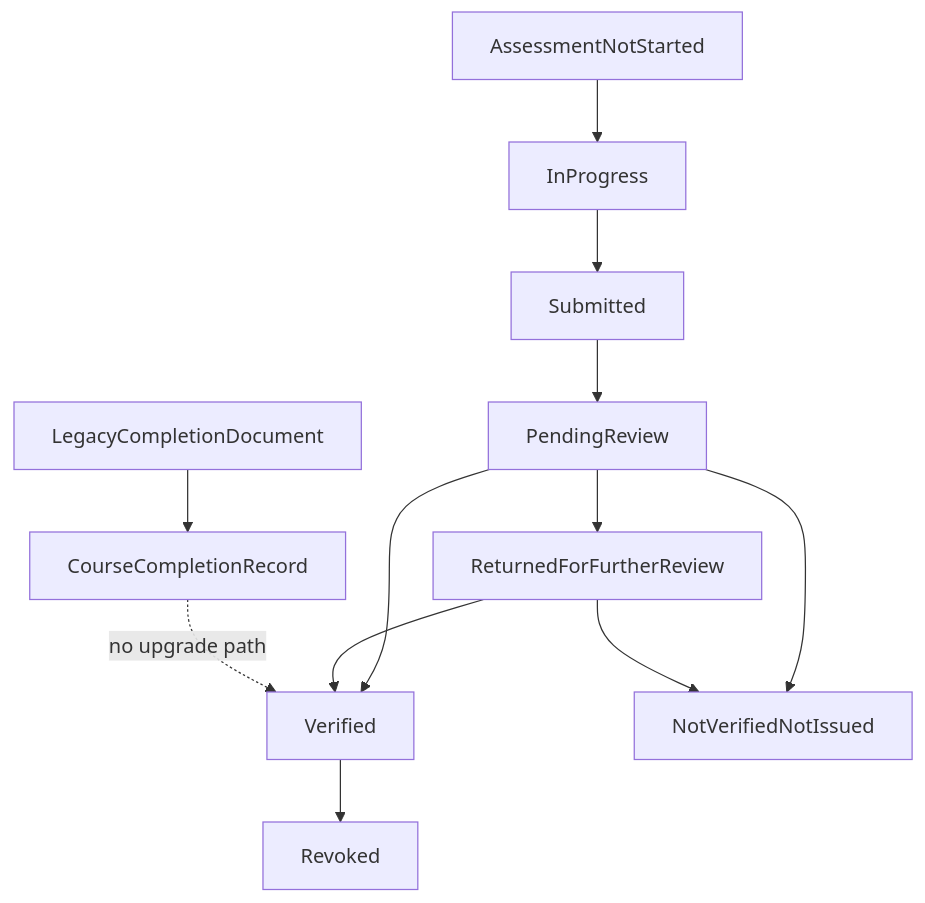
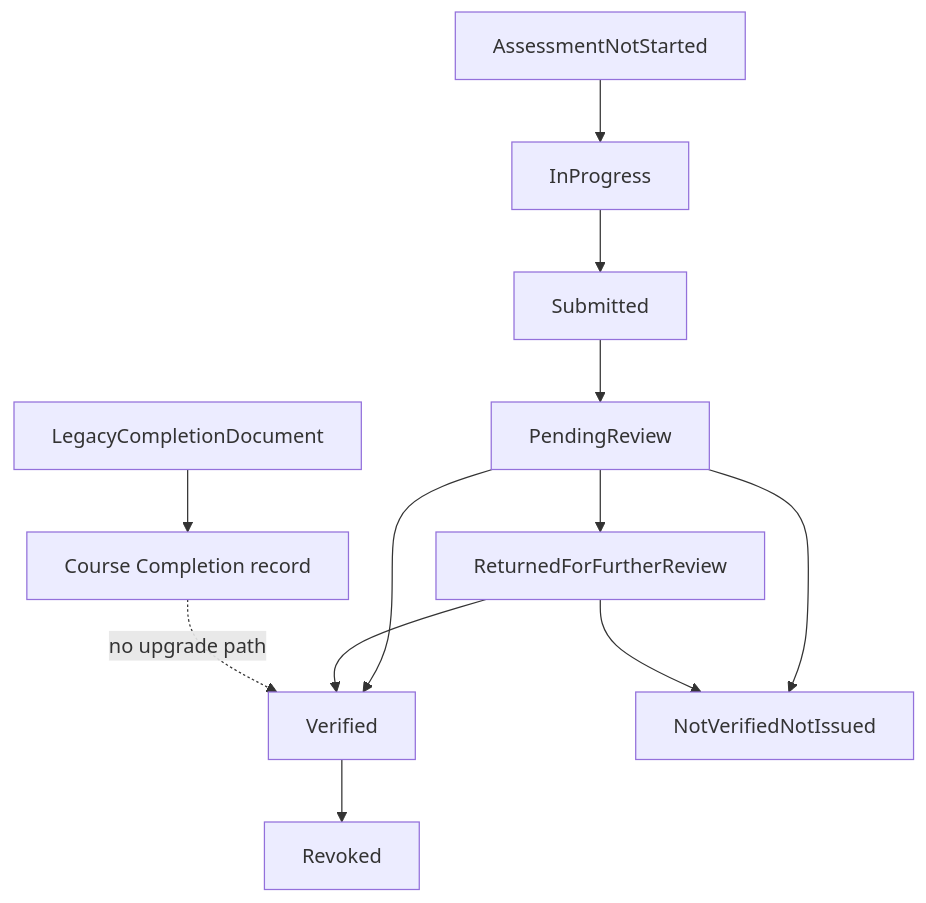
The diagram in docs/D5-certificate-lifecycle.mmd (eslameltahawy/The-Completion-Trust-Problem), drawn with Mermaid before and after one commit. The commit also changed 34 other files, not shown here.

```diff
--- a/docs/D5-certificate-lifecycle.mmd
+++ b/docs/D5-certificate-lifecycle.mmd
@@ -1,22 +1,22 @@
 flowchart TD
   notStarted[AssessmentNotStarted]
   inProgress[InProgress]
   submitted[Submitted]
   pending[PendingReview]
   returned[ReturnedForFurtherReview]
   verified[Verified]
   notIssued[NotVerifiedNotIssued]
   revoked[Revoked]
   legacy[LegacyCompletionDocument]
-  record[CourseCompletionRecord]
+  record["Course Completion record"]
   notStarted --> inProgress
   inProgress --> submitted
   submitted --> pending
   pending --> verified
   pending --> notIssued
   pending --> returned
   returned --> verified
   returned --> notIssued
   verified --> revoked
   legacy --> record
   record -.->|no upgrade path| verified
```
